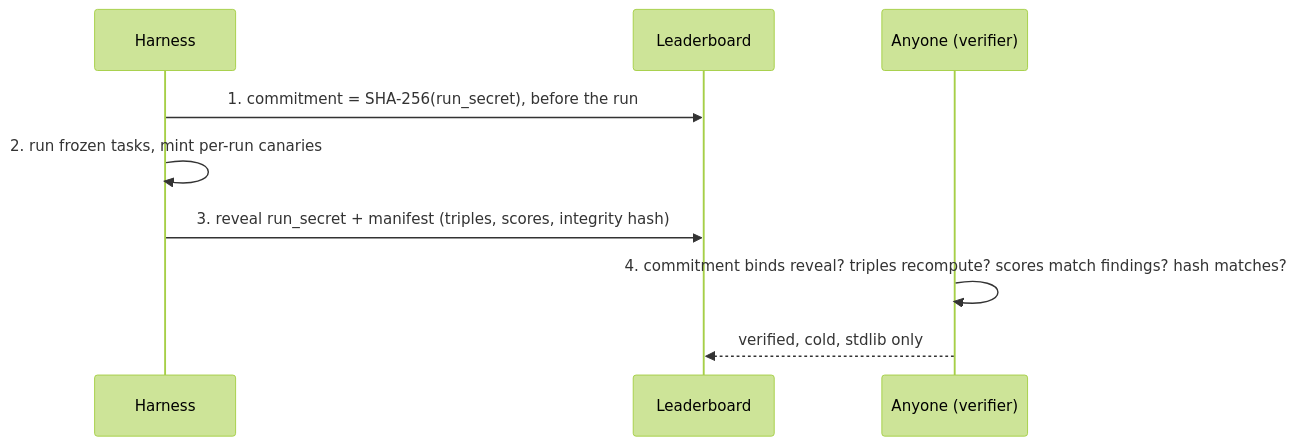
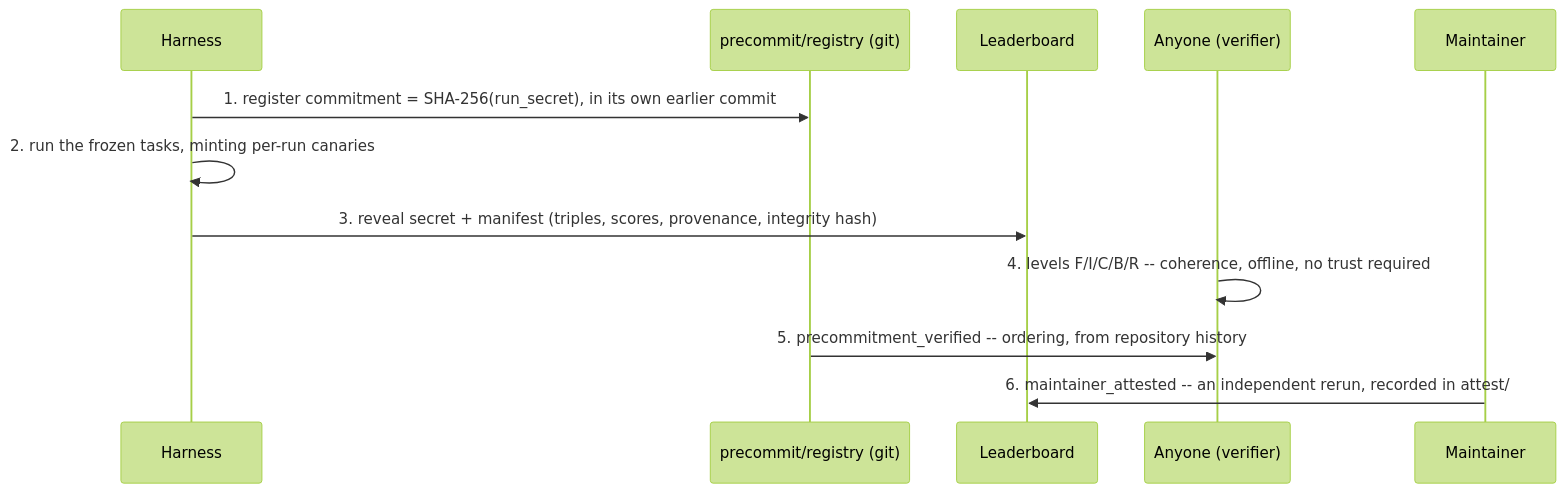
One commit to VatsSShah/assay changed the third of 4 diagrams in README.md. Above: the diagram before and after it, drawn with Mermaid (forest theme). The commit also changed other lines of this file and 115 other files, not shown here.

````diff
--- a/README.md
+++ b/README.md
@@ -115,11 +151,14 @@
 ```mermaid
 sequenceDiagram
   participant H as Harness
+  participant R as precommit/registry (git)
   participant L as Leaderboard
   participant V as Anyone (verifier)
-  H->>L: 1. commitment = SHA-256(run_secret), before the run
-  H->>H: 2. run frozen tasks, mint per-run canaries
-  H->>L: 3. reveal run_secret + manifest (triples, scores, integrity hash)
-  V->>V: 4. commitment binds reveal? triples recompute? scores match findings? hash matches?
-  V-->>L: verified, cold, stdlib only
+  participant M as Maintainer
+  H->>R: 1. register commitment = SHA-256(run_secret), in its own earlier commit
+  H->>H: 2. run the frozen tasks, minting per-run canaries
+  H->>L: 3. reveal secret + manifest (triples, scores, provenance, integrity hash)
+  V->>V: 4. levels F/I/C/B/R -- coherence, offline, no trust required
+  R->>V: 5. precommitment_verified -- ordering, from repository history
+  M->>L: 6. maintainer_attested -- an independent rerun, recorded in attest/
 ```
````
